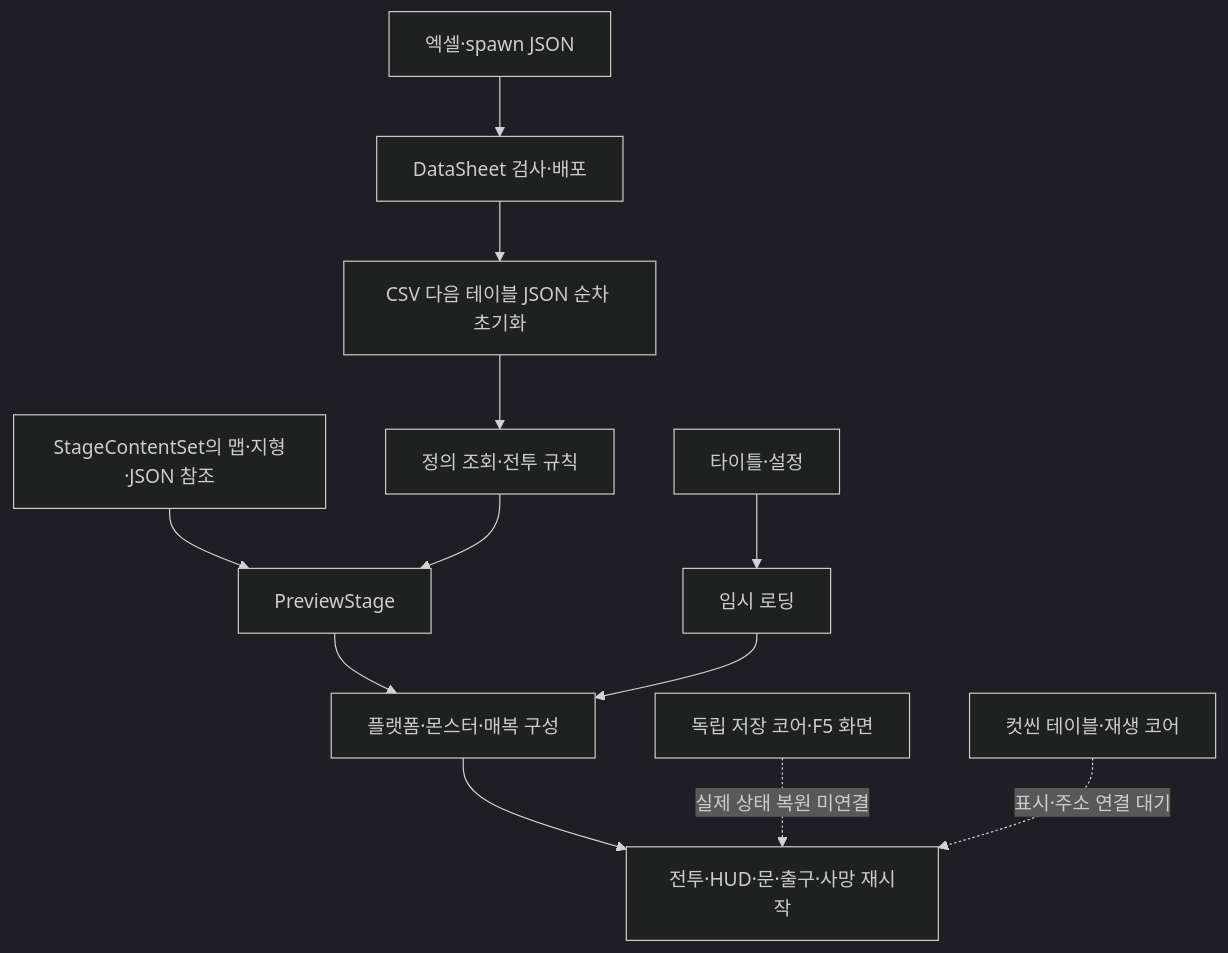
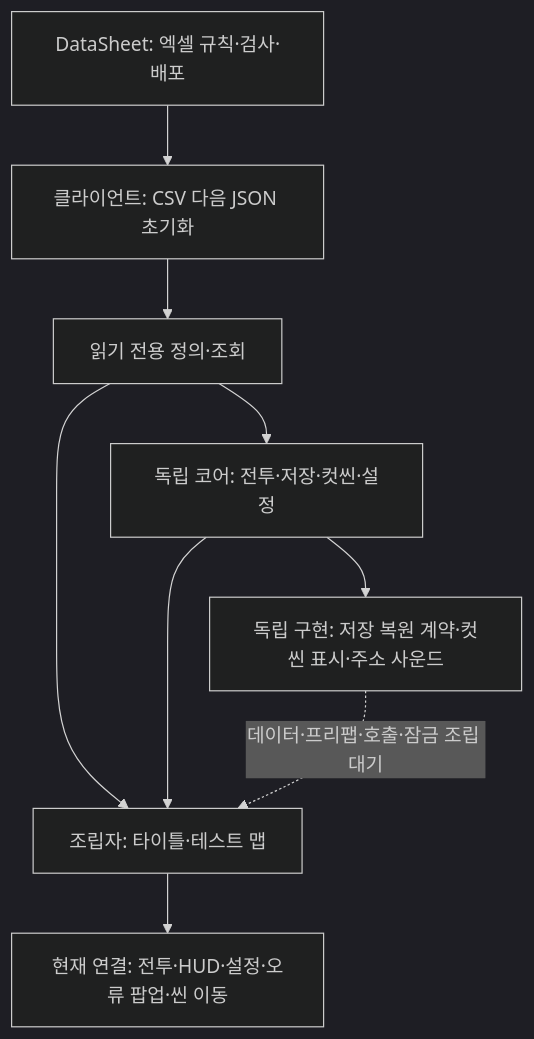
One commit to lkhwcf-arch/Human_Ghost- changed the first of 2 diagrams in Docs/개발자용 설계문서/현재 구현과 검증 현황.md. Above: the diagram before and after it, drawn with Mermaid (dark theme). The commit also changed other lines of this file and 38 other files, not shown here.

````diff
--- a/Docs/개발자용 설계문서/현재 구현과 검증 현황.md
+++ b/Docs/개발자용 설계문서/현재 구현과 검증 현황.md
@@ -46,14 +9,11 @@
 ```mermaid
 flowchart TD
-    A[엑셀·spawn JSON] --> B[DataSheet 검사·배포]
-    B --> C[CSV 다음 테이블 JSON 순차 초기화]
-    C --> D[정의 조회·전투 규칙]
-    E[StageContentSet의 맵·지형·JSON 참조] --> F[PreviewStage]
-    D --> F
-    F --> G[플랫폼·몬스터·매복 구성]
-    H[타이틀·설정] --> I[임시 로딩]
-    I --> G
-    G --> J[전투·HUD·문·출구·사망 재시작]
-    K[독립 저장 코어·F5 화면] -.실제 상태 복원 미연결.-> J
-    L[컷씬 테이블·재생 코어] -.표시·주소 연결 대기.-> J
+    A[DataSheet: 엑셀 규칙·검사·배포] --> B[클라이언트: CSV 다음 JSON 초기화]
+    B --> C[읽기 전용 정의·조회]
+    C --> D[독립 코어: 전투·저장·컷씬·설정]
+    C --> E[조립자: 타이틀·테스트 맵]
+    D --> E
+    E --> F[현재 연결: 전투·HUD·설정·오류 팝업·씬 이동]
+    D --> G[독립 구현: 저장 복원 계약·컷씬 표시·주소 사운드]
+    G -.데이터·프리팹·호출·잠금 조립 대기.-> E
 ```
````
